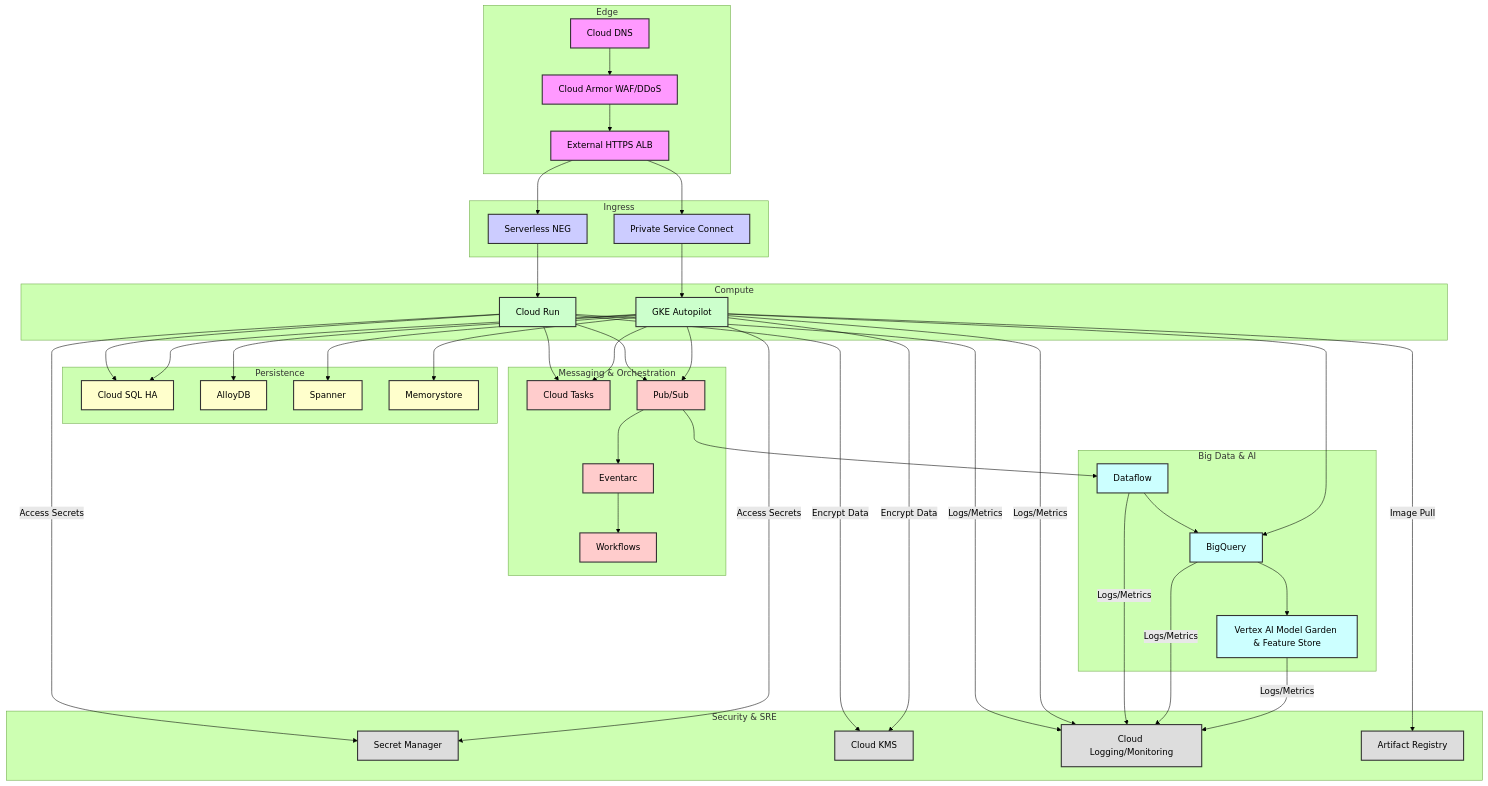
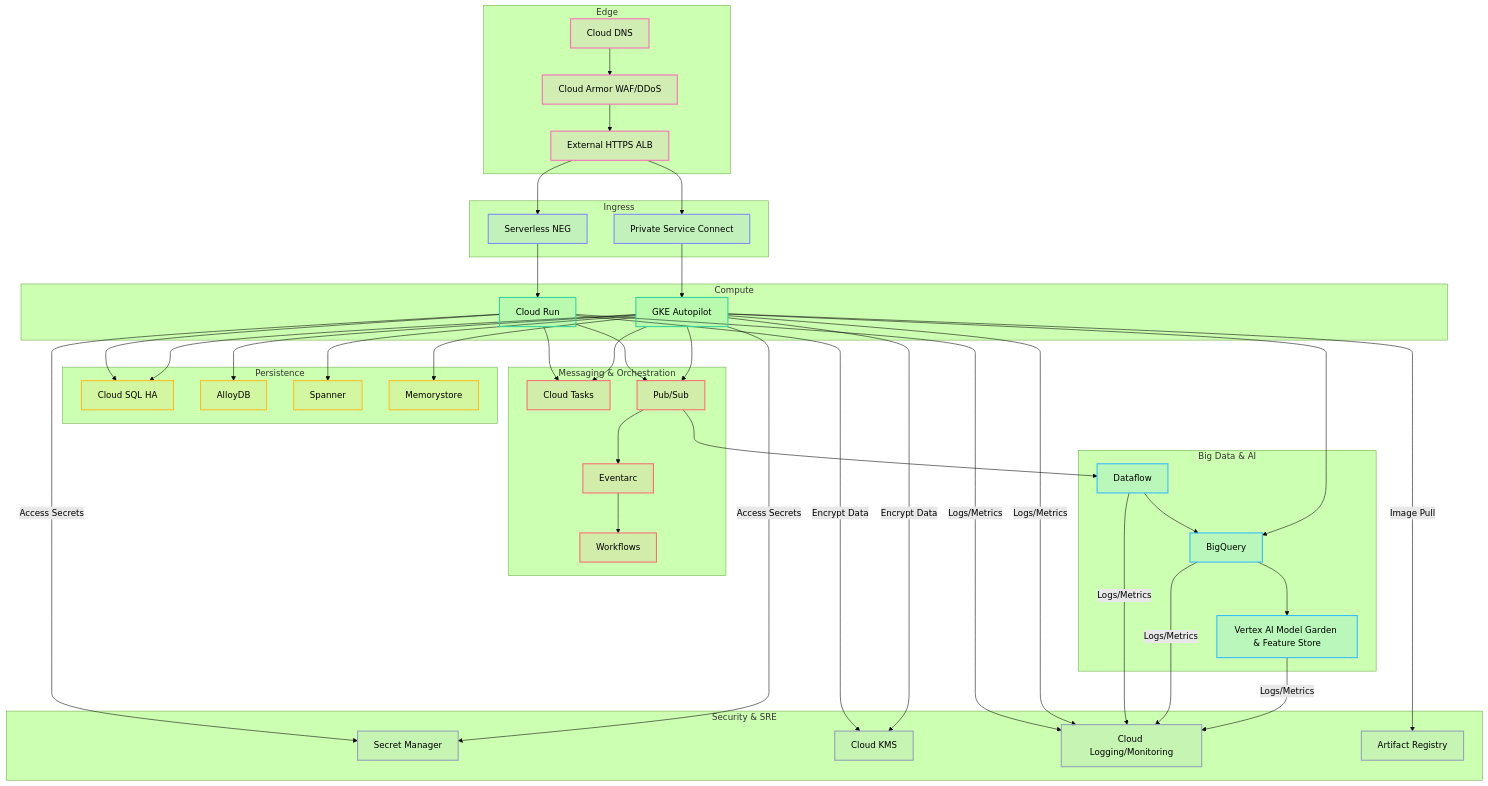
The diagram in blog_dev/google-cloud-platform-all-services-architecture-handbook/en.mdx (locionic/projects), drawn with Mermaid (forest theme) before and after one commit. The commit also changed 42 other files, not shown here.

Commit message:
feat(articles): add 14 flagship engineering deep-dives & fix flowchart dark mode contrast in gcp handbook

````diff
--- a/blog_dev/google-cloud-platform-all-services-architecture-handbook/en.mdx
+++ b/blog_dev/google-cloud-platform-all-services-architecture-handbook/en.mdx
@@ -79,77 +79,70 @@
 ```mermaid
 flowchart TD
     subgraph Edge
         DNS[Cloud DNS] --> CA[Cloud Armor WAF/DDoS]
         CA --> ALB[External HTTPS ALB]
     end
 
     subgraph Ingress
         ALB --> SN[Serverless NEG]
         ALB --> PSC[Private Service Connect]
     end
 
     subgraph Compute
         SN --> CR[Cloud Run]
         PSC --> GKE[GKE Autopilot]
     end
 
     subgraph Persistence
         CR --> CSQL[Cloud SQL HA]
         GKE --> CSQL
         GKE --> ADB[AlloyDB]
         GKE --> SPAN[Spanner]
         GKE --> MEM[Memorystore]
     end
 
     subgraph Messaging & Orchestration
         CR --> CT[Cloud Tasks]
         GKE --> CT
         CR --> PS[Pub/Sub]
         GKE --> PS
         PS --> EA[Eventarc]
         EA --> WF[Workflows]
     end
 
     subgraph Big Data & AI
         PS --> DF[Dataflow]
         DF --> BQ[BigQuery]
         BQ --> VAI[Vertex AI Model Garden & Feature Store]
         GKE --> BQ
     end
 
     subgraph Security & SRE
         CR -- "Access Secrets" --> SM[Secret Manager]
         GKE -- "Access Secrets" --> SM
         CR -- "Encrypt Data" --> KMS[Cloud KMS]
         GKE -- "Encrypt Data" --> KMS
         CR -- "Logs/Metrics" --> CLM[Cloud Logging/Monitoring]
         GKE -- "Logs/Metrics" --> CLM
         GKE -- "Image Pull" --> AR[Artifact Registry]
         DF -- "Logs/Metrics" --> CLM
         BQ -- "Logs/Metrics" --> CLM
         VAI -- "Logs/Metrics" --> CLM
     end
 
-    style DNS fill:#f9f,stroke:#333,stroke-width:2px
-    style CA fill:#f9f,stroke:#333,stroke-width:2px
-    style ALB fill:#f9f,stroke:#333,stroke-width:2px
-    style SN fill:#ccf,stroke:#333,stroke-width:2px
-    style PSC fill:#ccf,stroke:#333,stroke-width:2px
-    style CR fill:#cfc,stroke:#333,stroke-width:2px
-    style GKE fill:#cfc,stroke:#333,stroke-width:2px
-    style CSQL fill:#ffc,stroke:#333,stroke-width:2px
-    style ADB fill:#ffc,stroke:#333,stroke-width:2px
-    style SPAN fill:#ffc,stroke:#333,stroke-width:2px
-    style MEM fill:#ffc,stroke:#333,stroke-width:2px
-    style CT fill:#fcc,stroke:#333,stroke-width:2px
-    style PS fill:#fcc,stroke:#333,stroke-width:2px
-    style EA fill:#fcc,stroke:#333,stroke-width:2px
-    style WF fill:#fcc,stroke:#333,stroke-width:2px
-    style DF fill:#cff,stroke:#333,stroke-width:2px
-    style BQ fill:#cff,stroke:#333,stroke-width:2px
-    style VAI fill:#cff,stroke:#333,stroke-width:2px
-    style SM fill:#ddd,stroke:#333,stroke-width:2px
-    style KMS fill:#ddd,stroke:#333,stroke-width:2px
-    style CLM fill:#ddd,stroke:#333,stroke-width:2px
-    style AR fill:#ddd,stroke:#333,stroke-width:2px
+    classDef edgeNode fill:#f472b620,stroke:#f472b6,stroke-width:2px;
+    classDef ingressNode fill:#818cf820,stroke:#818cf8,stroke-width:2px;
+    classDef computeNode fill:#34d39920,stroke:#34d399,stroke-width:2px;
+    classDef dataNode fill:#fbbf2420,stroke:#fbbf24,stroke-width:2px;
+    classDef eventNode fill:#f8717120,stroke:#f87171,stroke-width:2px;
+    classDef aiNode fill:#38bdf820,stroke:#38bdf8,stroke-width:2px;
+    classDef secNode fill:#94a3b820,stroke:#94a3b8,stroke-width:2px;
+
+    class DNS,CA,ALB edgeNode;
+    class SN,PSC ingressNode;
+    class CR,GKE computeNode;
+    class CSQL,ADB,SPAN,MEM dataNode;
+    class CT,PS,EA,WF eventNode;
+    class DF,BQ,VAI aiNode;
+    class SM,KMS,CLM,AR secNode;
 ```
````
